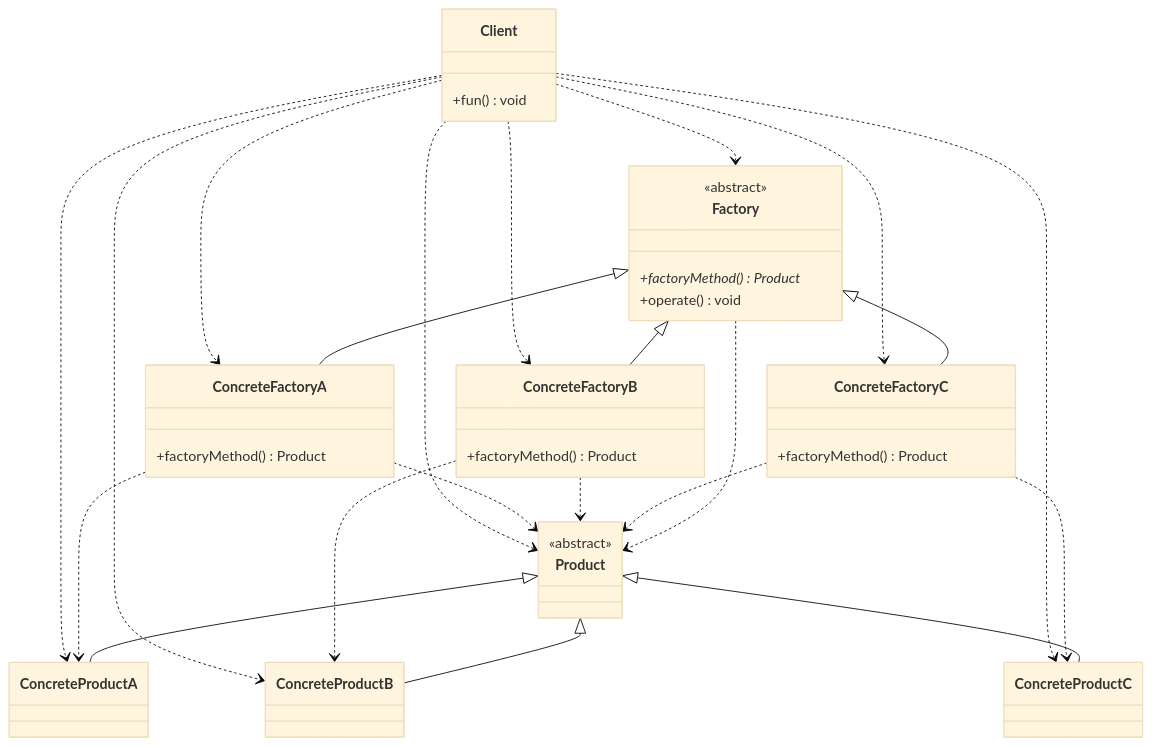
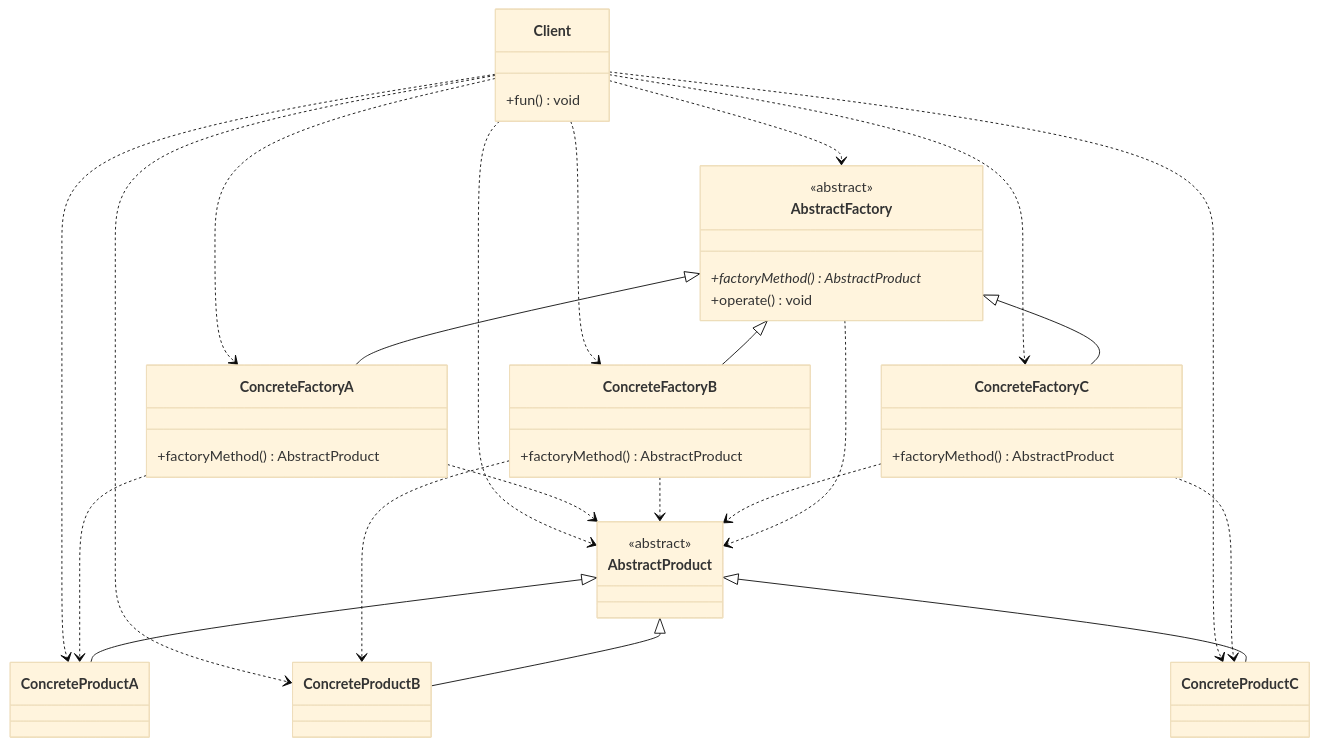
Before and after one commit to lingwh1995/books: diagram 19 of 23 in general/designpattern/designpattern-java/designpattern-java.md, drawn with Mermaid (base theme). The commit also changed other lines of this file, not shown here.

````diff
--- a/general/designpattern/designpattern-java/designpattern-java.md
+++ b/general/designpattern/designpattern-java/designpattern-java.md
@@ -1062,50 +1062,50 @@
 ```mermaid
 classDiagram
-    Client ..> Product
-    Client ..> Factory
+    Client ..> AbstractProduct
+    Client ..> AbstractFactory
     Client ..> ConcreteProductA
     Client ..> ConcreteProductB
     Client ..> ConcreteProductC
     Client ..> ConcreteFactoryA
     Client ..> ConcreteFactoryB
     Client ..> ConcreteFactoryC
-    ConcreteFactoryA ..> Product
+    ConcreteFactoryA ..> AbstractProduct
     ConcreteFactoryA ..> ConcreteProductA
-    ConcreteFactoryB ..> Product
+    ConcreteFactoryB ..> AbstractProduct
     ConcreteFactoryB ..> ConcreteProductB
-    ConcreteFactoryC ..> Product
+    ConcreteFactoryC ..> AbstractProduct
     ConcreteFactoryC ..> ConcreteProductC
-    Product <|-- ConcreteProductA
-    Product <|-- ConcreteProductB
-    Product <|-- ConcreteProductC
-    Factory <|-- ConcreteFactoryA
-    Factory <|-- ConcreteFactoryB
-    Factory <|-- ConcreteFactoryC
-    Factory ..> Product
-    class Product {
+    AbstractProduct <|-- ConcreteProductA
+    AbstractProduct <|-- ConcreteProductB
+    AbstractProduct <|-- ConcreteProductC
+    AbstractFactory <|-- ConcreteFactoryA
+    AbstractFactory <|-- ConcreteFactoryB
+    AbstractFactory <|-- ConcreteFactoryC
+    AbstractFactory ..> AbstractProduct
+    class AbstractProduct {
     }
     class ConcreteProductA {
     }
     class ConcreteProductB {
     }
     class ConcreteProductC {
     }
-    class Factory {
-        +factoryMethod()* Product
+    class AbstractFactory {
+        +factoryMethod()* AbstractProduct
         +operate() void
     }
     class ConcreteFactoryA {
-        +factoryMethod() Product
+        +factoryMethod() AbstractProduct
     }
     class ConcreteFactoryB {
-        +factoryMethod() Product
+        +factoryMethod() AbstractProduct
     }
     class ConcreteFactoryC {
-        +factoryMethod() Product
+        +factoryMethod() AbstractProduct
     }
     class Client {
         +fun() void
     }
-    <<abstract>> Product
-    <<abstract>> Factory
+    <<abstract>> AbstractProduct
+    <<abstract>> AbstractFactory
 ```
````
